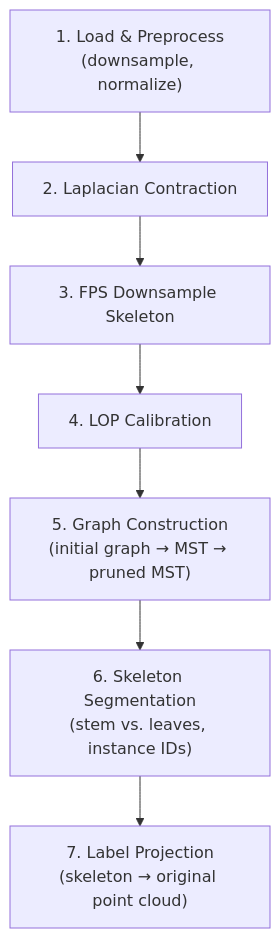
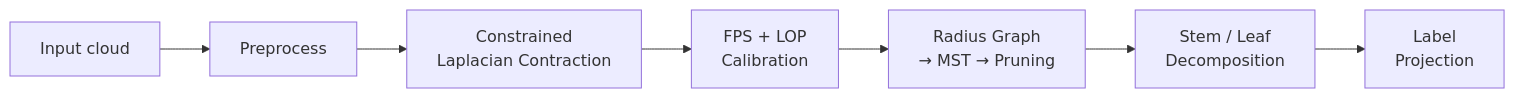
One commit to qiweishen/Plant2Skeleton changed the diagram in README.md. Above: the diagram before and after it, drawn with Mermaid. The commit also changed other lines of this file and 39 other files, not shown here.

````diff
--- a/README.md
+++ b/README.md
@@ -19,9 +35,9 @@
 ```mermaid
-flowchart TD
-    A["1. Load & Preprocess\n(downsample, normalize)"] --> B["2. Laplacian Contraction"]
-    B --> C["3. FPS Downsample Skeleton"]
-    C --> D["4. LOP Calibration"]
-    D --> E["5. Graph Construction\n(initial graph → MST → pruned MST)"]
-    E --> F["6. Skeleton Segmentation\n(stem vs. leaves, instance IDs)"]
-    F --> G["7. Label Projection\n(skeleton → original point cloud)"]
+flowchart LR
+    A[Input cloud] --> B[Preprocess]
+    B --> C[Constrained<br/>Laplacian Contraction]
+    C --> D[FPS + LOP<br/>Calibration]
+    D --> E[Radius Graph<br/>→ MST → Pruning]
+    E --> F[Stem / Leaf<br/>Decomposition]
+    F --> G[Label<br/>Projection]
 ```
````
